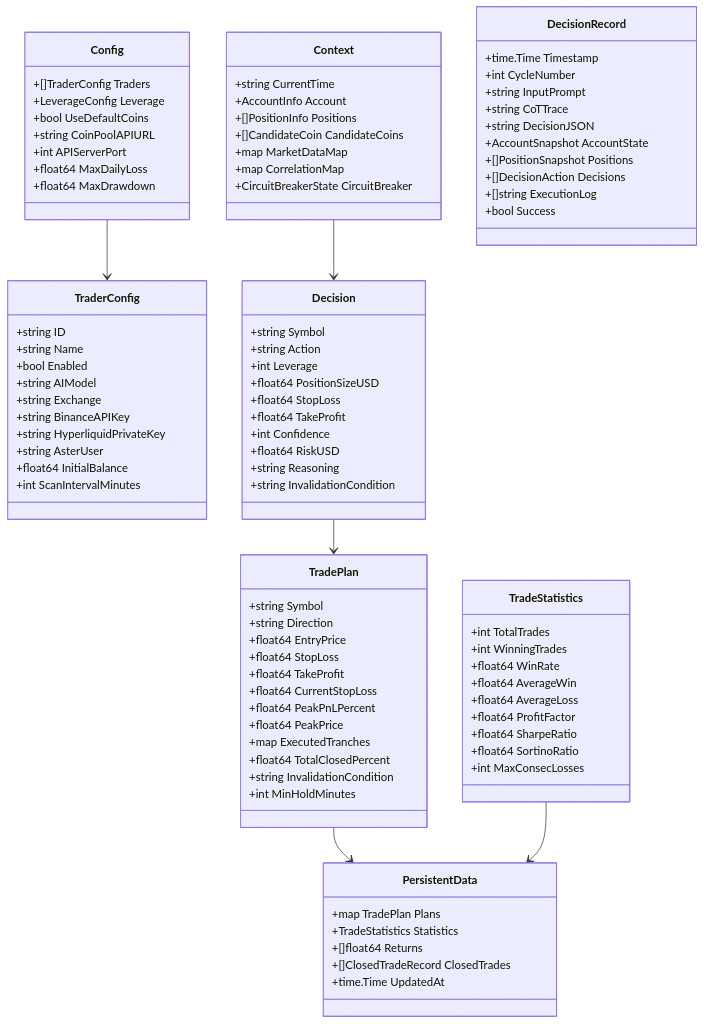
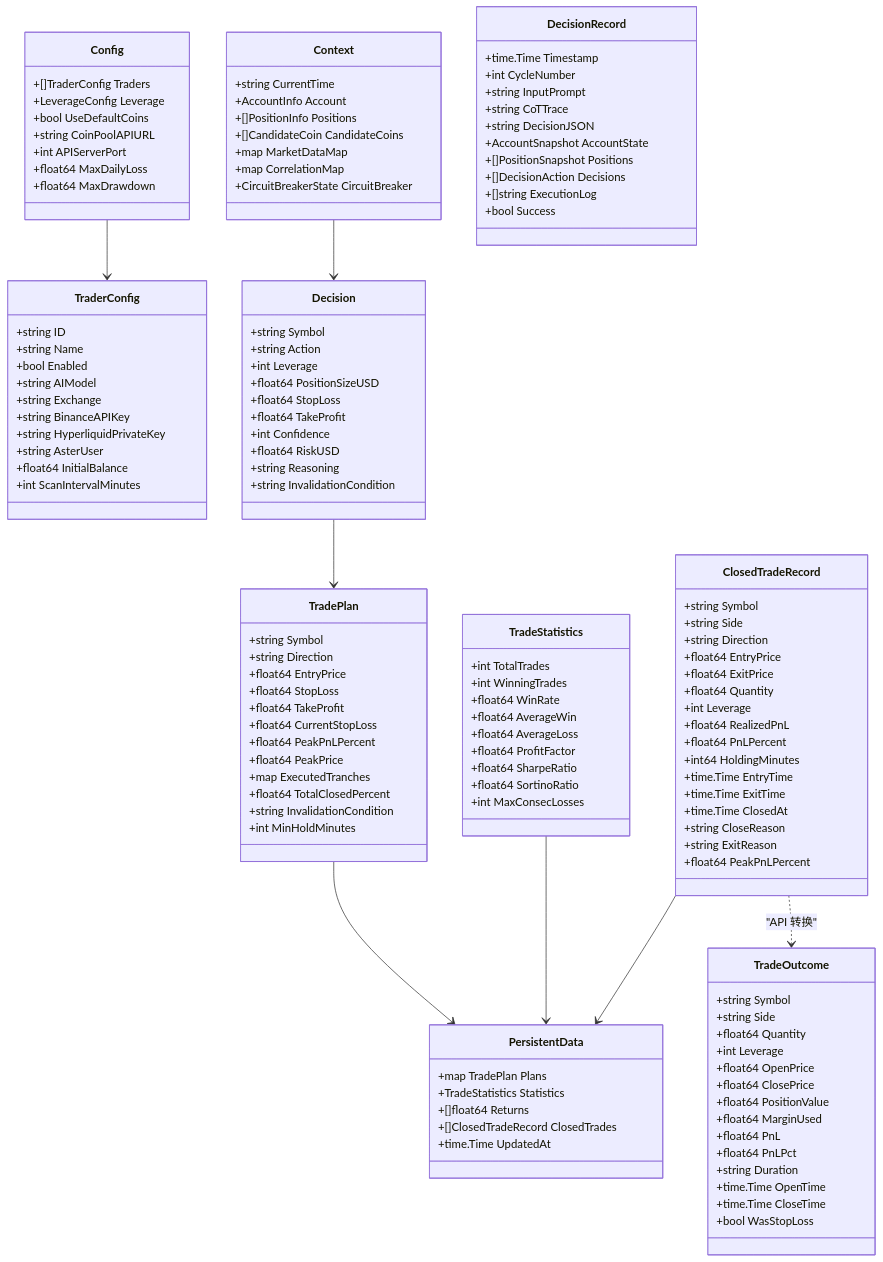
Before and after one commit to xdengpao/nofx: the third of 3 diagrams in .kiro/specs/quant-trading-system/design.md, drawn with Mermaid. The commit also changed other lines of this file and 20 other files, not shown here.

````diff
--- a/.kiro/specs/quant-trading-system/design.md
+++ b/.kiro/specs/quant-trading-system/design.md
@@ -408,9 +484,47 @@
         +time.Time UpdatedAt
     }
 
+    class ClosedTradeRecord {
+        +string Symbol
+        +string Side
+        +string Direction
+        +float64 EntryPrice
+        +float64 ExitPrice
+        +float64 Quantity
+        +int Leverage
+        +float64 RealizedPnL
+        +float64 PnLPercent
+        +int64 HoldingMinutes
+        +time.Time EntryTime
+        +time.Time ExitTime
+        +time.Time ClosedAt
+        +string CloseReason
+        +string ExitReason
+        +float64 PeakPnLPercent
+    }
+
+    class TradeOutcome {
+        +string Symbol
+        +string Side
+        +float64 Quantity
+        +int Leverage
+        +float64 OpenPrice
+        +float64 ClosePrice
+        +float64 PositionValue
+        +float64 MarginUsed
+        +float64 PnL
+        +float64 PnLPct
+        +string Duration
+        +time.Time OpenTime
+        +time.Time CloseTime
+        +bool WasStopLoss
+    }
+
     Config --> TraderConfig
     Context --> Decision
     Decision --> TradePlan
     TradePlan --> PersistentData
     TradeStatistics --> PersistentData
+    ClosedTradeRecord --> PersistentData
+    ClosedTradeRecord ..> TradeOutcome : "API 转换"
 ```
````
